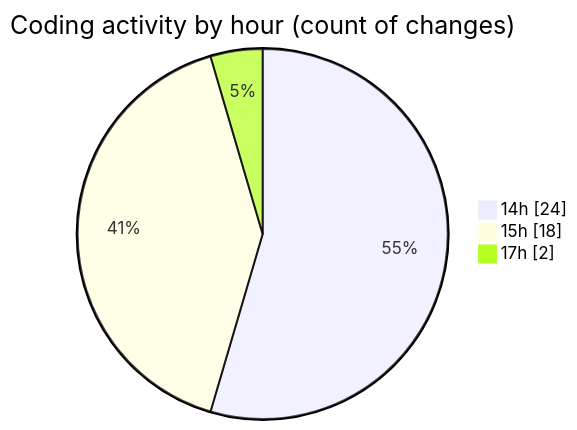
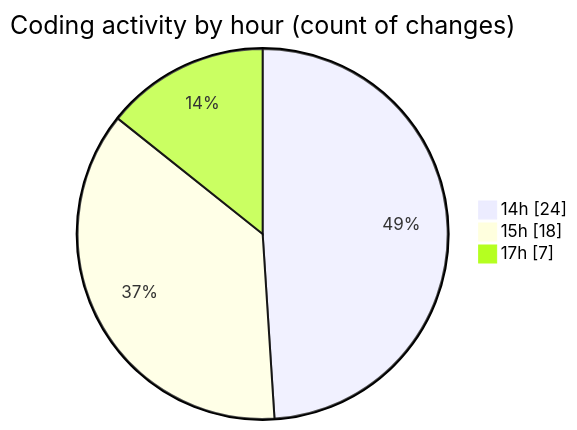
One commit to Elitesun/code-tracking changed the second of 2 diagrams in 2025-04-22/indesign/README.md. Above: the diagram before and after it, drawn with Mermaid. The commit also changed other lines of this file and 1 other file, not shown here.

````diff
--- a/2025-04-22/indesign/README.md
+++ b/2025-04-22/indesign/README.md
@@ -40,7 +42,7 @@
 ```mermaid
 pie showData
 title Coding activity by hour (count of changes)
 "14h" : 24
 "15h" : 18
-"17h" : 2
+"17h" : 7
 ```
````
